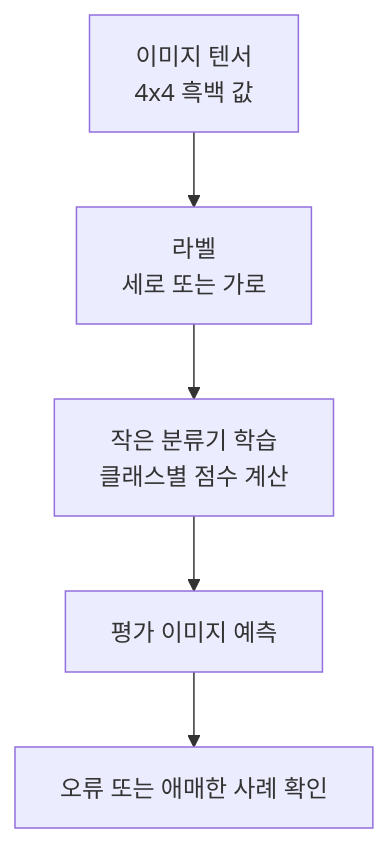
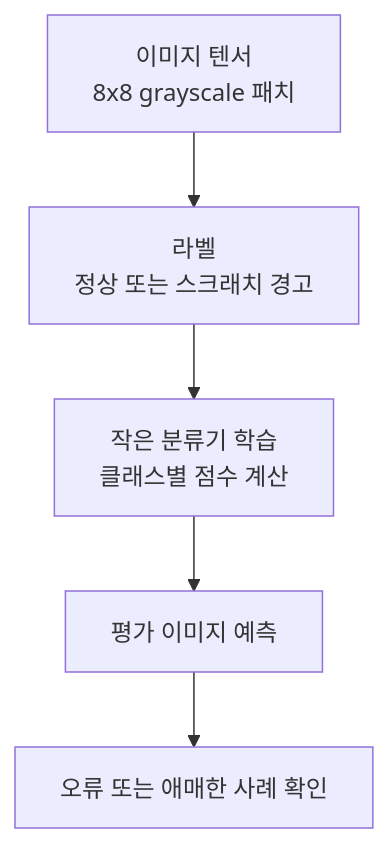
The diagram in docs/parts/part-07/chapter-03/section-01.md (devchan64/AiBook), drawn with Mermaid before and after one commit. The commit also changed other lines of this file and 136 other files, not shown here.

````diff
--- a/docs/parts/part-07/chapter-03/section-01.md
+++ b/docs/parts/part-07/chapter-03/section-01.md
@@ -64,10 +64,10 @@
 ```mermaid
 flowchart TD
-  A["이미지 텐서<br/>4x4 흑백 값"]
-  B["라벨<br/>세로 또는 가로"]
+  A["이미지 텐서<br/>8x8 grayscale 패치"]
+  B["라벨<br/>정상 또는 스크래치 경고"]
   C["작은 분류기 학습<br/>클래스별 점수 계산"]
   D["평가 이미지 예측"]
   E["오류 또는 애매한 사례 확인"]
 
   A --> B --> C --> D --> E
 ```
````
